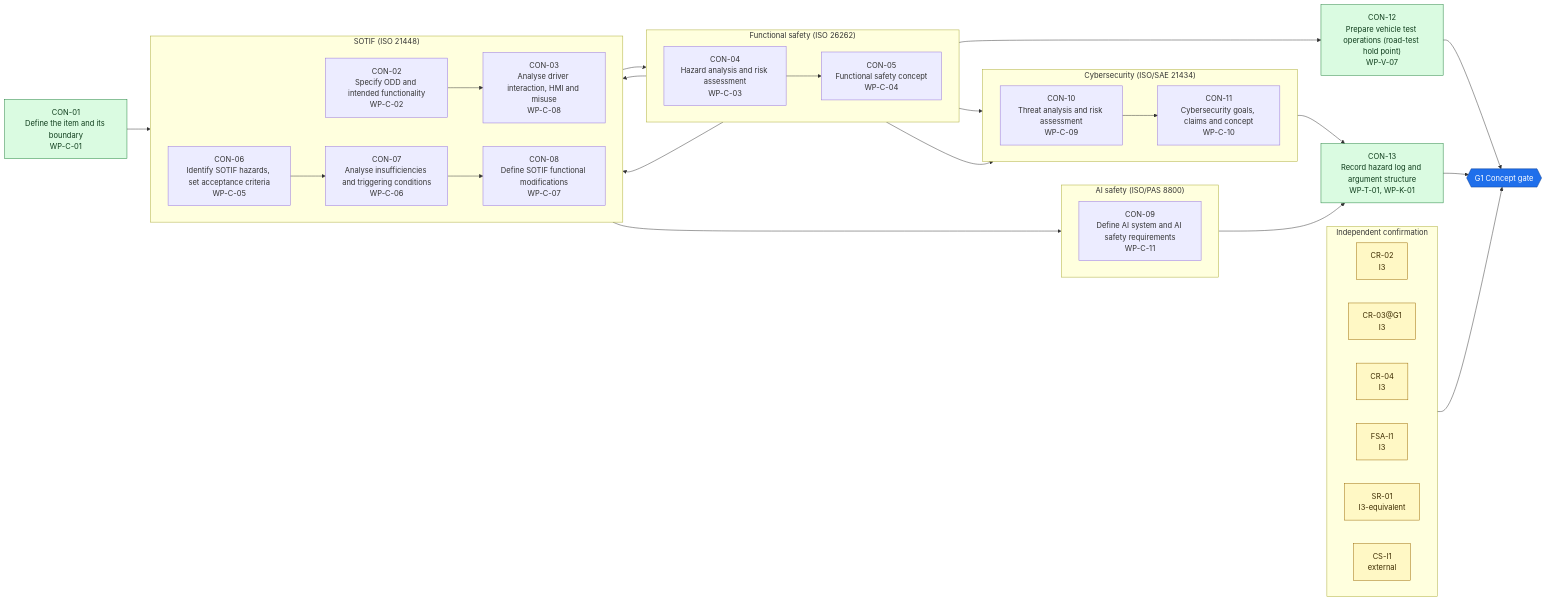
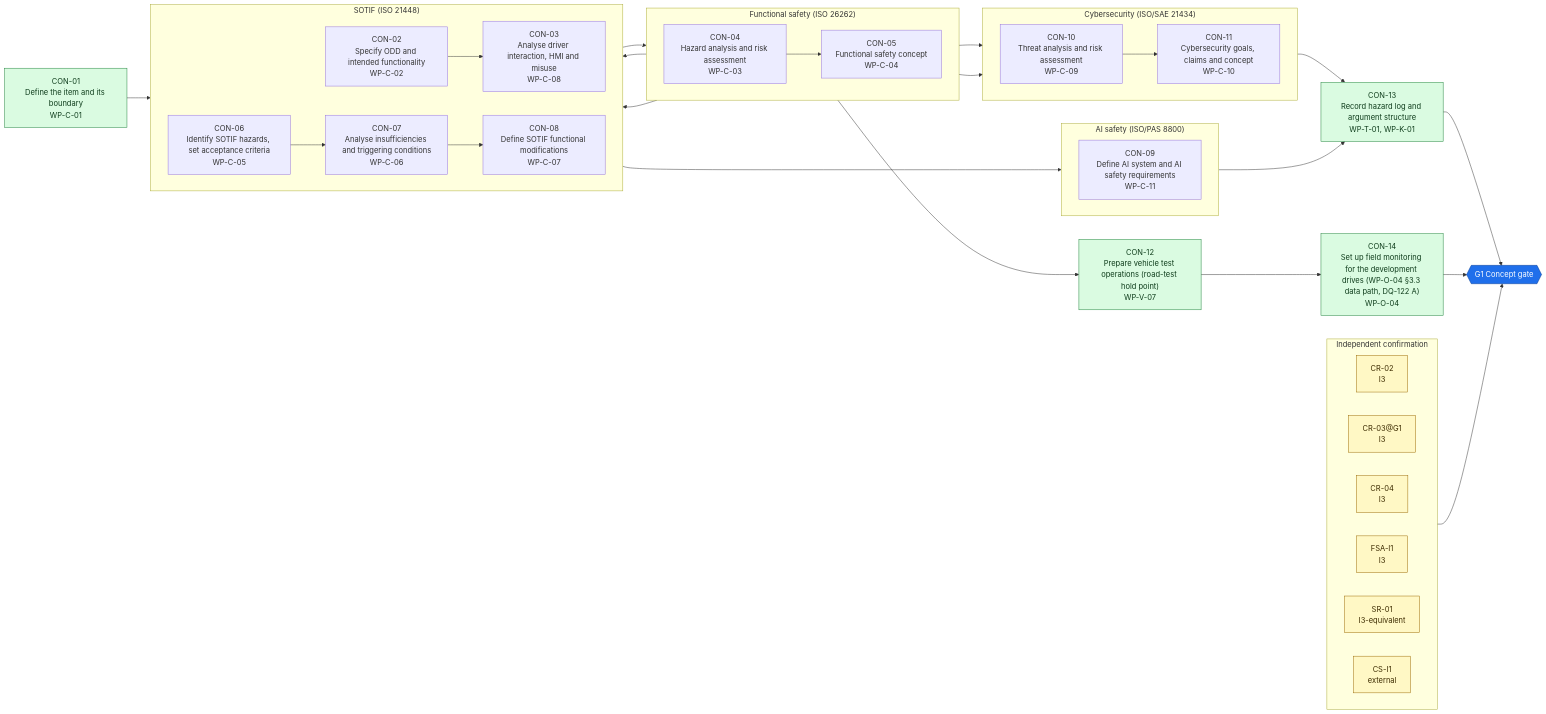
The first of 2 diagrams in assurance/process/maps/g1-concept.md (jherrodthomas/LionDriver), drawn with Mermaid before and after one commit. The commit also changed other lines of this file and 60 other files, not shown here.

````diff
--- a/assurance/process/maps/g1-concept.md
+++ b/assurance/process/maps/g1-concept.md
@@ -11,62 +11,64 @@
 ```mermaid
 flowchart LR
   CON_01["CON-01<br/>Define the item and its boundary<br/>WP-C-01"]
   CON_12["CON-12<br/>Prepare vehicle test operations (road-test hold point)<br/>WP-V-07"]
   CON_13["CON-13<br/>Record hazard log and argument structure<br/>WP-T-01, WP-K-01"]
+  CON_14["CON-14<br/>Set up field monitoring for the development drives (WP-O-04 §3.3 data path, DQ-122 A)<br/>WP-O-04"]
   subgraph L_fusa["Functional safety (ISO 26262)"]
     direction LR
     CON_04["CON-04<br/>Hazard analysis and risk assessment<br/>WP-C-03"]
     CON_05["CON-05<br/>Functional safety concept<br/>WP-C-04"]
   end
   subgraph L_sotif["SOTIF (ISO 21448)"]
     direction LR
     CON_02["CON-02<br/>Specify ODD and intended functionality<br/>WP-C-02"]
     CON_03["CON-03<br/>Analyse driver interaction, HMI and misuse<br/>WP-C-08"]
     CON_06["CON-06<br/>Identify SOTIF hazards, set acceptance criteria<br/>WP-C-05"]
     CON_07["CON-07<br/>Analyse insufficiencies and triggering conditions<br/>WP-C-06"]
     CON_08["CON-08<br/>Define SOTIF functional modifications<br/>WP-C-07"]
   end
   subgraph L_ai["AI safety (ISO/PAS 8800)"]
     direction LR
     CON_09["CON-09<br/>Define AI system and AI safety requirements<br/>WP-C-11"]
   end
   subgraph L_cs["Cybersecurity (ISO/SAE 21434)"]
     direction LR
     CON_10["CON-10<br/>Threat analysis and risk assessment<br/>WP-C-09"]
     CON_11["CON-11<br/>Cybersecurity goals, claims and concept<br/>WP-C-10"]
   end
   subgraph L_assess["Independent confirmation"]
     direction LR
     CR_02["CR-02<br/>I3"]
     CR_03_G1["CR-03@G1<br/>I3"]
     CR_04["CR-04<br/>I3"]
     FSA_I1["FSA-I1<br/>I3"]
     SR_01["SR-01<br/>I3-equivalent"]
     CS_I1["CS-I1<br/>external"]
   end
   GATE{{"G1 Concept gate"}}
   CON_01 --> CON_02
   CON_02 --> CON_03
   CON_03 --> CON_04
   CON_04 --> CON_05
   CON_04 --> CON_06
   CON_06 --> CON_07
   CON_05 --> CON_08
   CON_07 --> CON_08
   CON_08 --> CON_09
   CON_04 --> CON_10
   CON_05 --> CON_11
   CON_10 --> CON_11
   CON_04 --> CON_12
   CON_09 --> CON_13
   CON_11 --> CON_13
-  CON_12 --> GATE
+  CON_12 --> CON_14
   CON_13 --> GATE
+  CON_14 --> GATE
   L_assess --> GATE
   classDef joint fill:#dafbe1,stroke:#1a7f37,color:#0f3d1c
-  class CON_01,CON_12,CON_13 joint
+  class CON_01,CON_12,CON_13,CON_14 joint
   classDef review fill:#fff8c5,stroke:#9a6700,color:#3d2c00
   class CR_02,CR_03_G1,CR_04,FSA_I1,SR_01,CS_I1 review
   classDef gate fill:#1f6feb,stroke:#0b3d91,color:#ffffff
   class GATE gate
 ```
````
